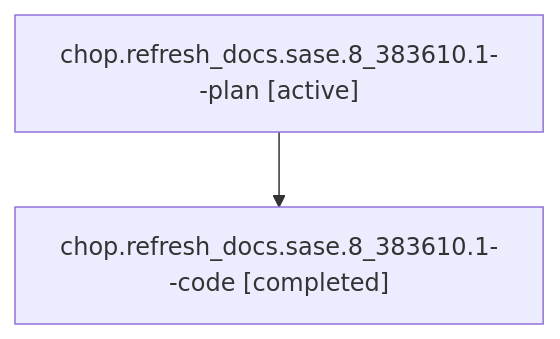
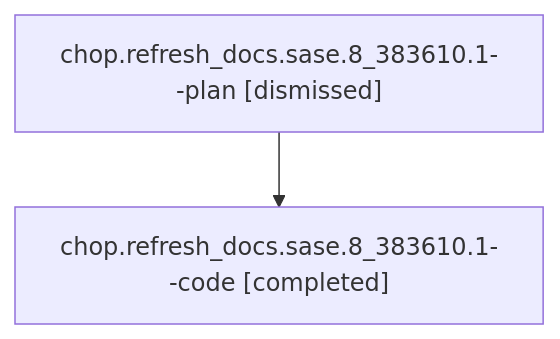
Before and after one commit to sase-org/sase--agents: the diagram in sessions/bbugyi200.athena.chop.refresh_docs.sase.8_383610.1.md, drawn with Mermaid. The commit also changed other lines of this file and 320 other files, not shown here.

````diff
--- a/sessions/bbugyi200.athena.chop.refresh_docs.sase.8_383610.1.md
+++ b/sessions/bbugyi200.athena.chop.refresh_docs.sase.8_383610.1.md
@@ -9,6 +9,6 @@
 ```mermaid
 flowchart TD
-  n0["chop.refresh_docs.sase.8_383610.1--plan [active]"]
+  n0["chop.refresh_docs.sase.8_383610.1--plan [dismissed]"]
   n1["chop.refresh_docs.sase.8_383610.1--code [completed]"]
   n0 --> n1
 ```
````
